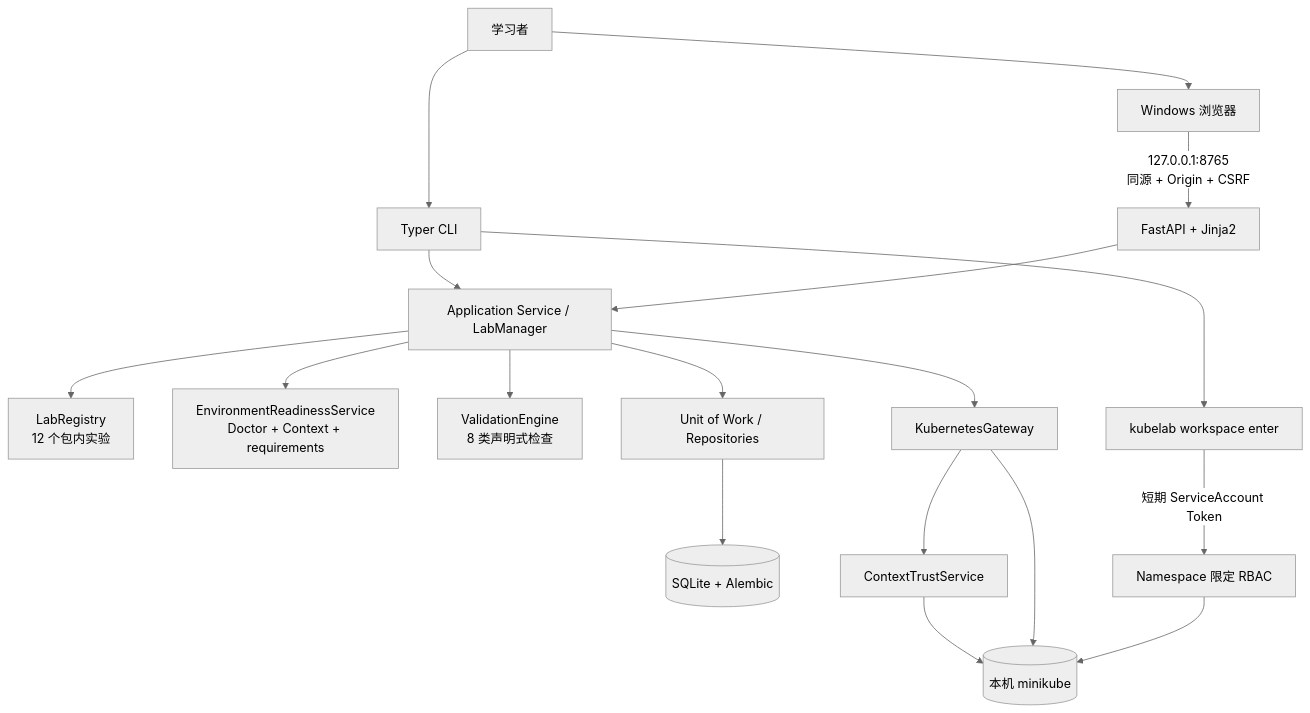
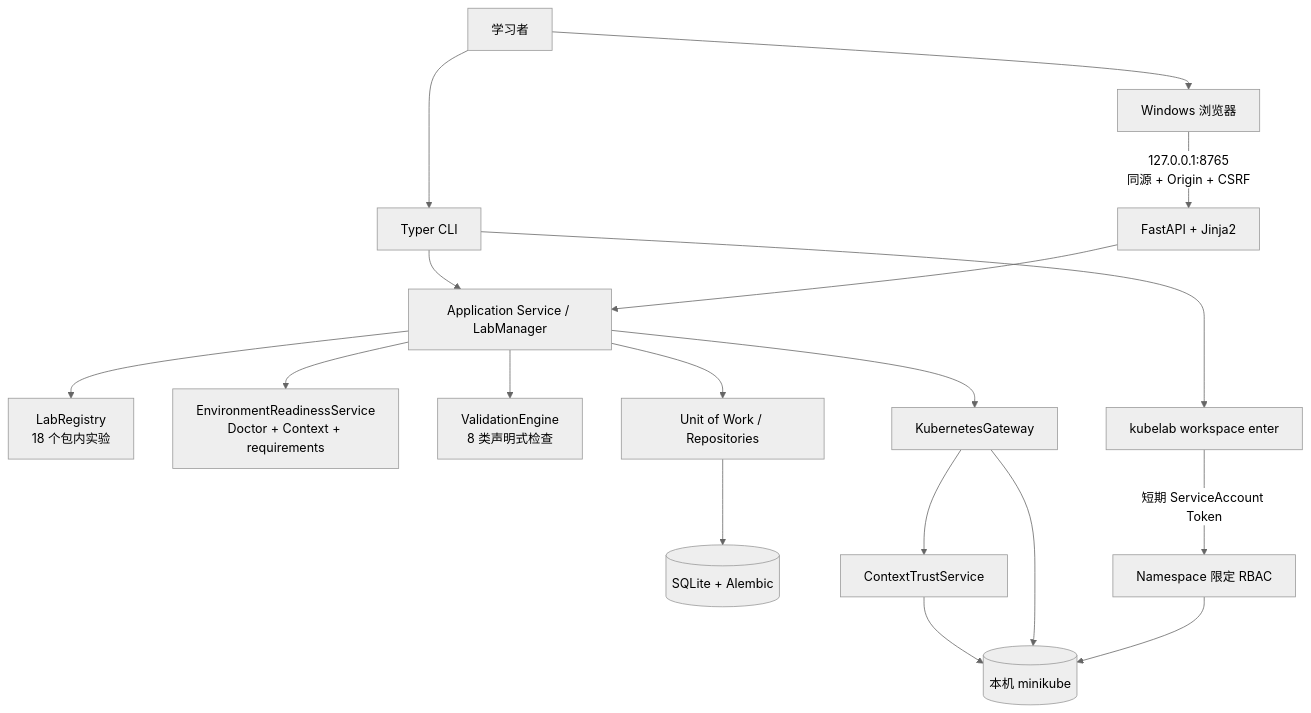
Before and after one commit to CaoJun1015/Kubelab: the first of 2 diagrams in docs/ARCHITECTURE.md, drawn with Mermaid (neutral theme). The commit also changed 6 other files, not shown here.

````diff
--- a/docs/ARCHITECTURE.md
+++ b/docs/ARCHITECTURE.md
@@ -5,22 +5,22 @@
 ```mermaid
 flowchart TB
     User[学习者] --> CLI[Typer CLI]
     User --> Browser[Windows 浏览器]
     Browser -->|127.0.0.1:8765\n同源 + Origin + CSRF| Web[FastAPI + Jinja2]
     CLI --> App[Application Service / LabManager]
     Web --> App
 
-    App --> Registry[LabRegistry\n12 个包内实验]
+    App --> Registry[LabRegistry\n18 个包内实验]
     App --> Ready[EnvironmentReadinessService\nDoctor + Context + requirements]
     App --> Engine[ValidationEngine\n8 类声明式检查]
     App --> UoW[Unit of Work / Repositories]
     App --> Gateway[KubernetesGateway]
     UoW --> SQLite[(SQLite + Alembic)]
     Gateway --> Trust[ContextTrustService]
     Trust --> Minikube[(本机 minikube)]
     Gateway --> Minikube
 
     CLI --> Workspace[kubelab workspace enter]
     Workspace -->|短期 ServiceAccount Token| RBAC[Namespace 限定 RBAC]
     RBAC --> Minikube
 ```
````
